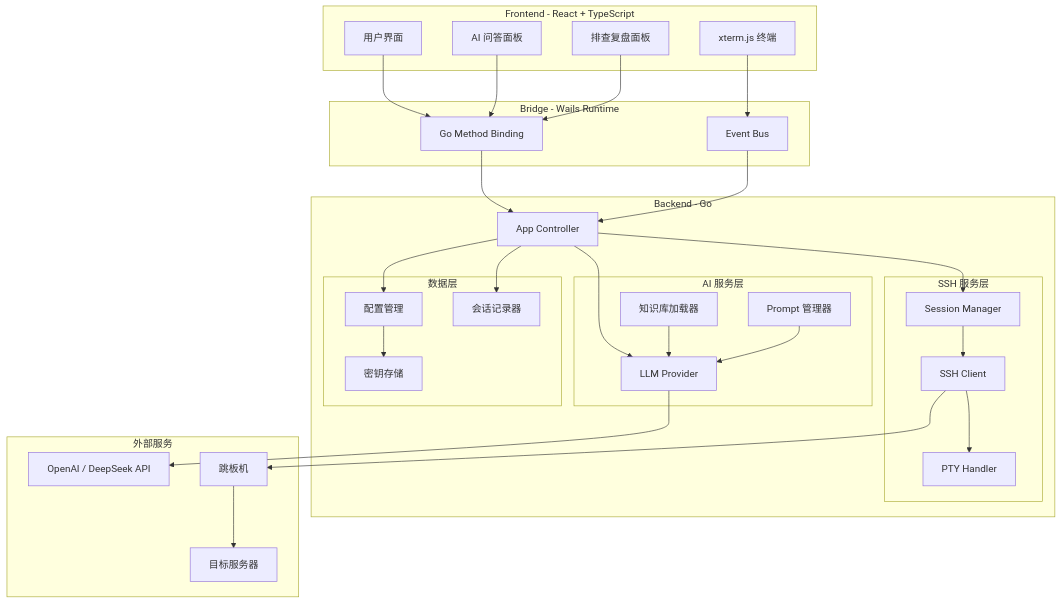
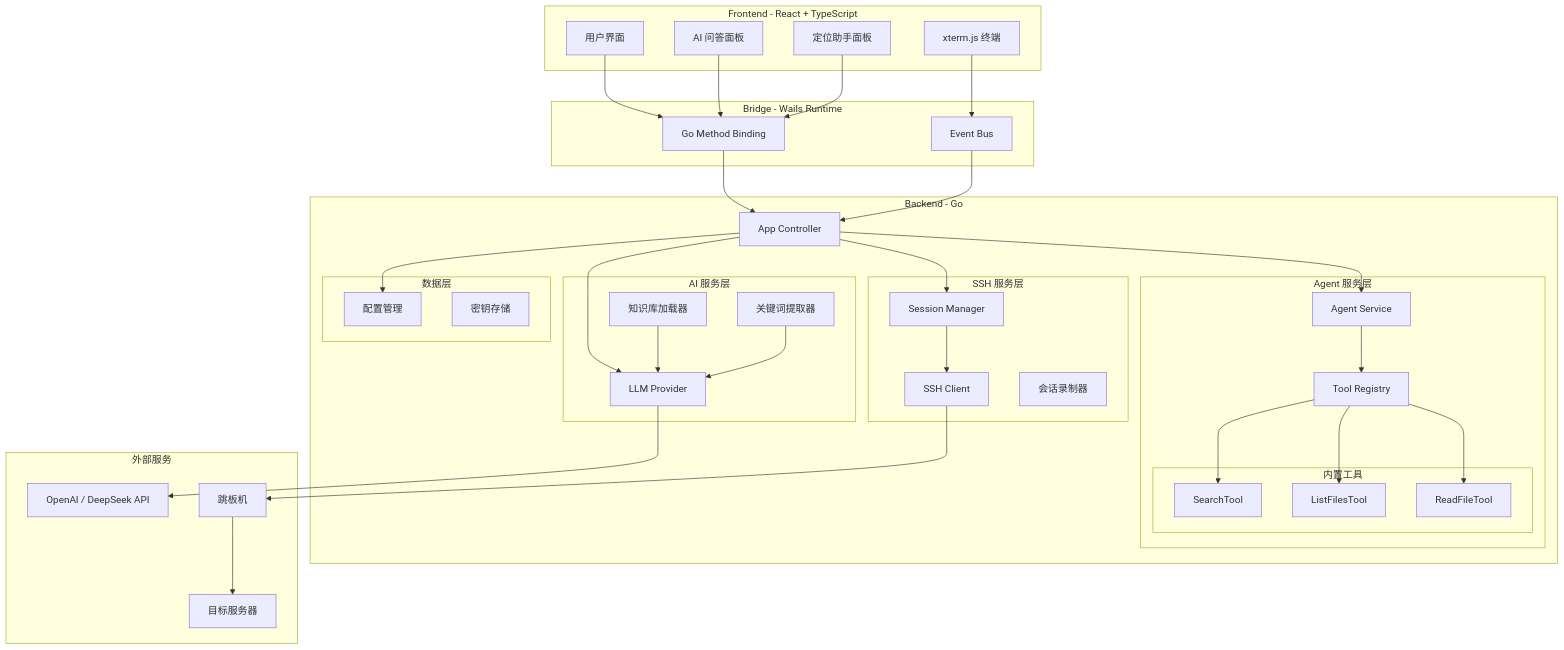
Before and after one commit to Tudou77826/OpsCopilot: the diagram in README.md, drawn with Mermaid. The commit also changed other lines of this file, not shown here.

````diff
--- a/README.md
+++ b/README.md
@@ -148,66 +168,78 @@
 ```mermaid
 graph TB
     subgraph "Frontend - React + TypeScript"
         UI[用户界面]
         Terminal[xterm.js 终端]
         AI_Panel[AI 问答面板]
-        Review[排查复盘面板]
+        Agent_Panel[定位助手面板]
     end
 
     subgraph "Bridge - Wails Runtime"
         Events[Event Bus]
         Binding[Go Method Binding]
     end
 
     subgraph "Backend - Go"
         App[App Controller]
-        
+
+        subgraph "Agent 服务层"
+            AgentService[Agent Service]
+            ToolRegistry[Tool Registry]
+
+            subgraph "内置工具"
+                SearchTool[SearchTool]
+                ListTool[ListFilesTool]
+                ReadTool[ReadFileTool]
+            end
+        end
+
         subgraph "AI 服务层"
             LLM[LLM Provider]
             Knowledge[知识库加载器]
-            Prompt[Prompt 管理器]
+            TermExtractor[关键词提取器]
         end
-        
+
         subgraph "SSH 服务层"
             SessionMgr[Session Manager]
             SSHClient[SSH Client]
-            PTY[PTY Handler]
+            Recorder[会话录制器]
         end
-        
+
         subgraph "数据层"
             Config[配置管理]
             SecretStore[密钥存储]
-            Recorder[会话记录器]
         end
     end
 
     subgraph "外部服务"
-        OpenAI[OpenAI / DeepSeek API]
+        LLM_API[OpenAI / DeepSeek API]
         Bastion[跳板机]
         Target[目标服务器]
     end
 
     UI --> Binding
     Terminal --> Events
     AI_Panel --> Binding
-    Review --> Binding
-    
+    Agent_Panel --> Binding
+
     Binding --> App
     Events --> App
-    
+
+    App --> AgentService
+    AgentService --> ToolRegistry
+    ToolRegistry --> SearchTool
+    ToolRegistry --> ListTool
+    ToolRegistry --> ReadTool
+
     App --> LLM
     App --> SessionMgr
     App --> Config
-    App --> Recorder
-    
-    LLM --> OpenAI
+
+    LLM --> LLM_API
     Knowledge --> LLM
-    Prompt --> LLM
-    
+    TermExtractor --> LLM
+
     SessionMgr --> SSHClient
-    SSHClient --> PTY
     SSHClient --> Bastion
     Bastion --> Target
-    
-    Config --> SecretStore
 ```
````
